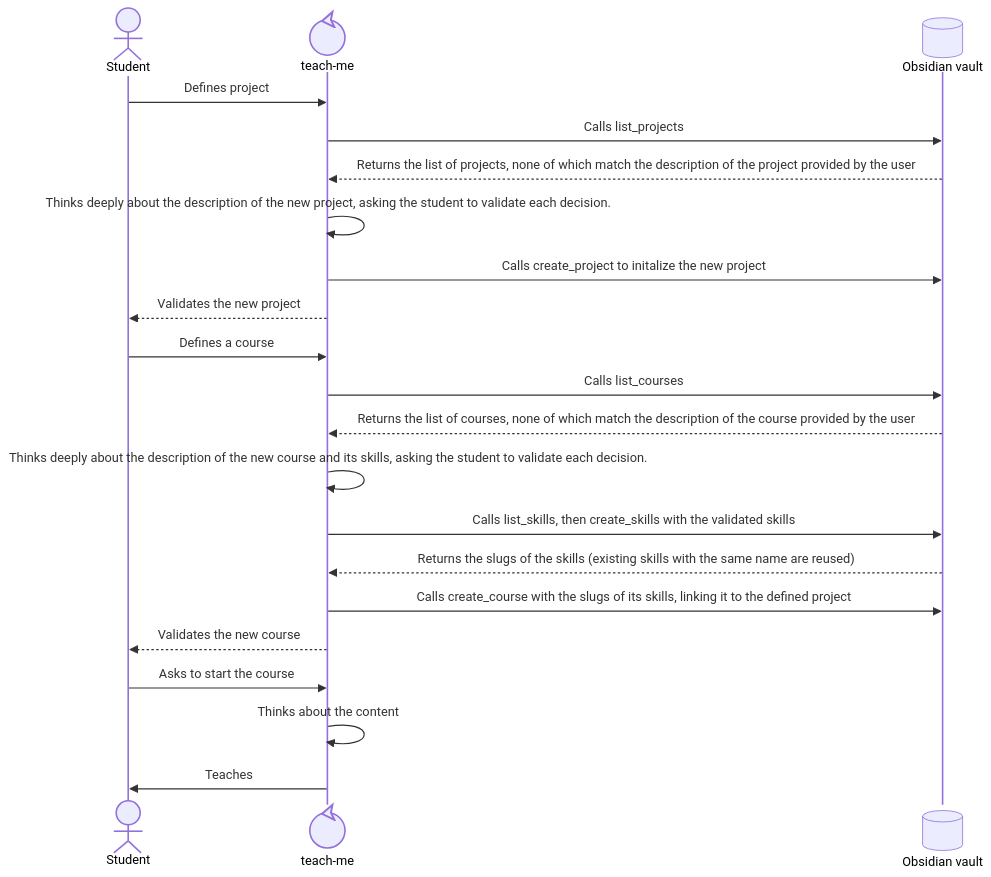
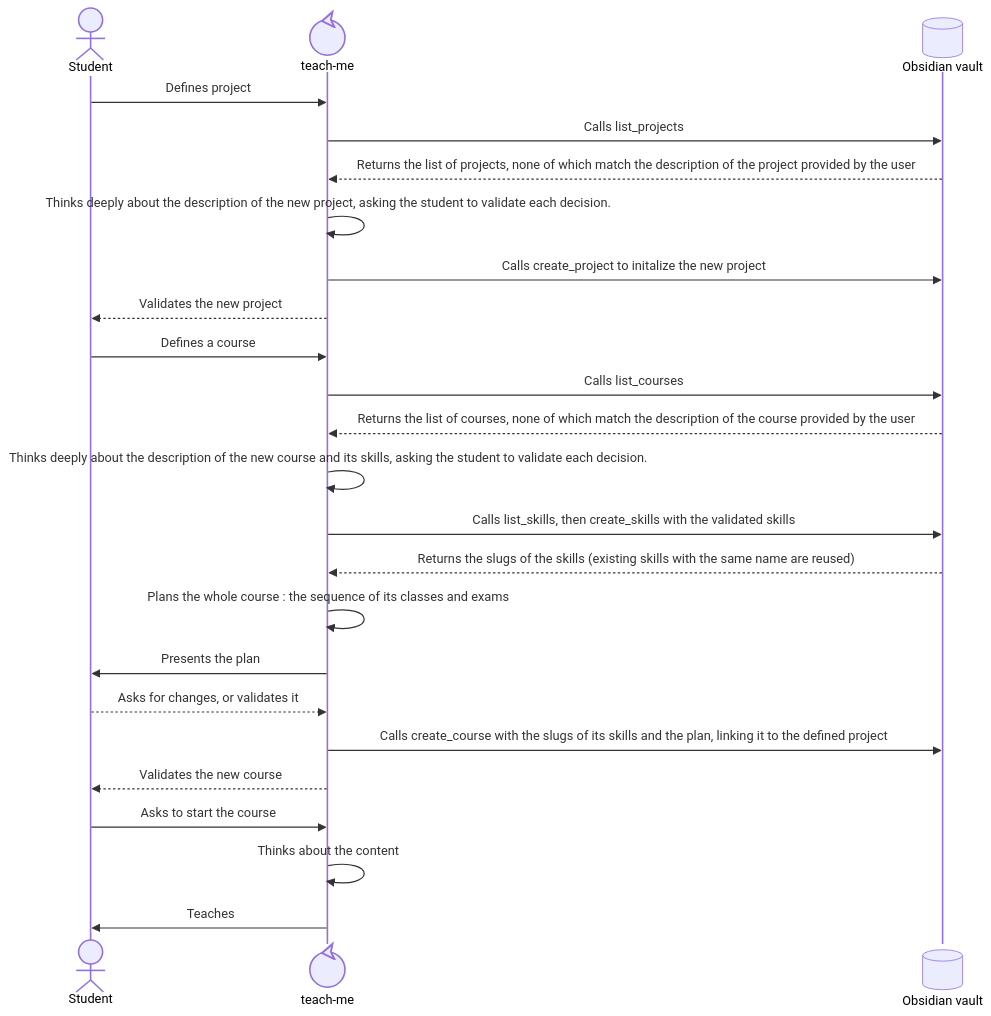
The diagram in teach-me/references/initializing_course_and_project.md (Gummyy/teach-me-plugin), drawn with Mermaid before and after one commit. The commit also changed other lines of this file and 16 other files, not shown here.

Commit message:
feature: now the model plans the progression of the course before creating the content

````diff
--- a/teach-me/references/initializing_course_and_project.md
+++ b/teach-me/references/initializing_course_and_project.md
@@ -5,25 +5,28 @@
 ```mermaid
 sequenceDiagram
 	actor user as Student
 	participant teachme@{ type: "control"} as teach-me
 	participant vault@{ type: "database"} as Obsidian vault
 	
 	user->>teachme : Defines project
 	teachme->>vault : Calls list_projects
   vault-->>teachme : Returns the list of projects, none of which match the description of the project provided by the user
   teachme->>teachme : Thinks deeply about the description of the new project, asking the student to validate each decision.
 	teachme->>vault : Calls create_project to initalize the new project
 	teachme-->>user : Validates the new project
 	user->>teachme : Defines a course
 	teachme->>vault : Calls list_courses
   vault-->>teachme : Returns the list of courses, none of which match the description of the course provided by the user
   teachme->>teachme : Thinks deeply about the description of the new course and its skills, asking the student to validate each decision.
 	teachme->>vault : Calls list_skills, then create_skills with the validated skills
 	vault-->>teachme : Returns the slugs of the skills (existing skills with the same name are reused)
-	teachme->>vault : Calls create_course with the slugs of its skills, linking it to the defined project
+	teachme->>teachme : Plans the whole course : the sequence of its classes and exams
+	teachme->>user : Presents the plan
+	user-->>teachme : Asks for changes, or validates it
+	teachme->>vault : Calls create_course with the slugs of its skills and the plan, linking it to the defined project
 	teachme-->>user : Validates the new course
 	
 	user->>teachme : Asks to start the course
 	teachme->>teachme : Thinks about the content
 	teachme->>user : Teaches
 ```
````
